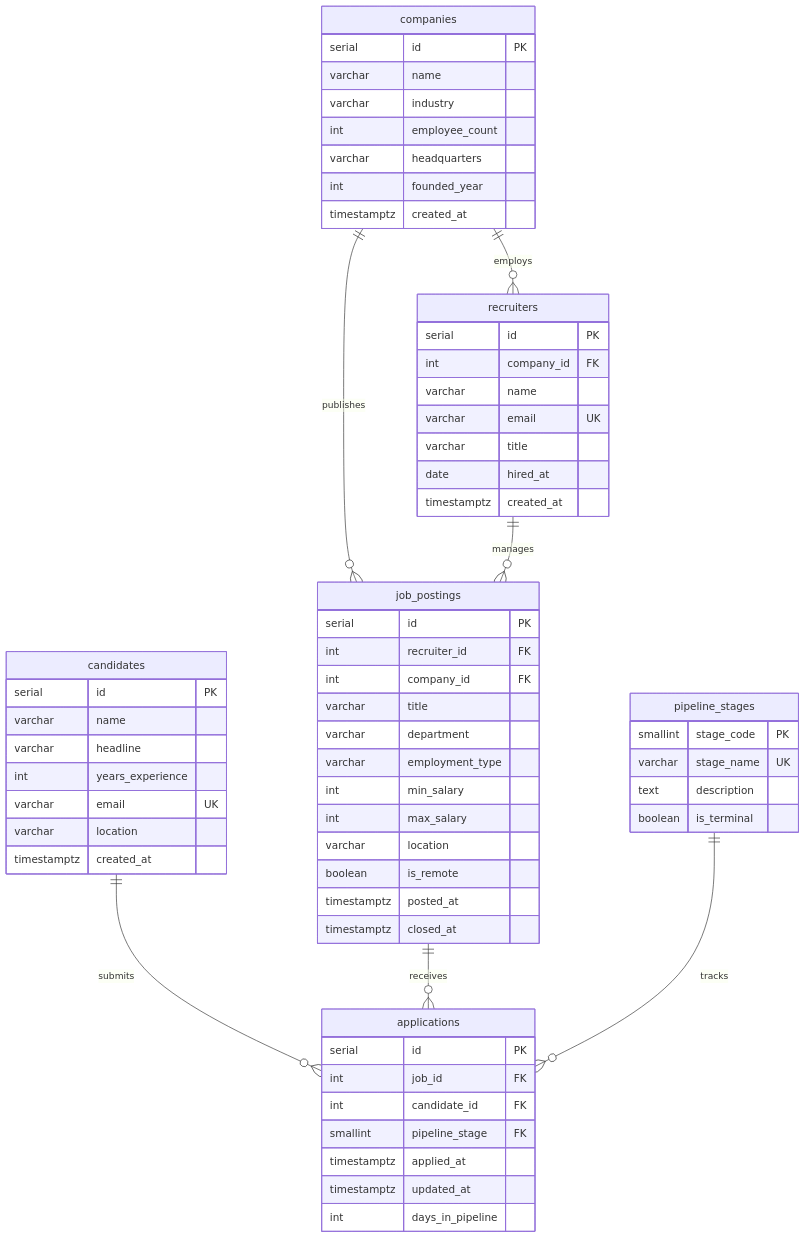
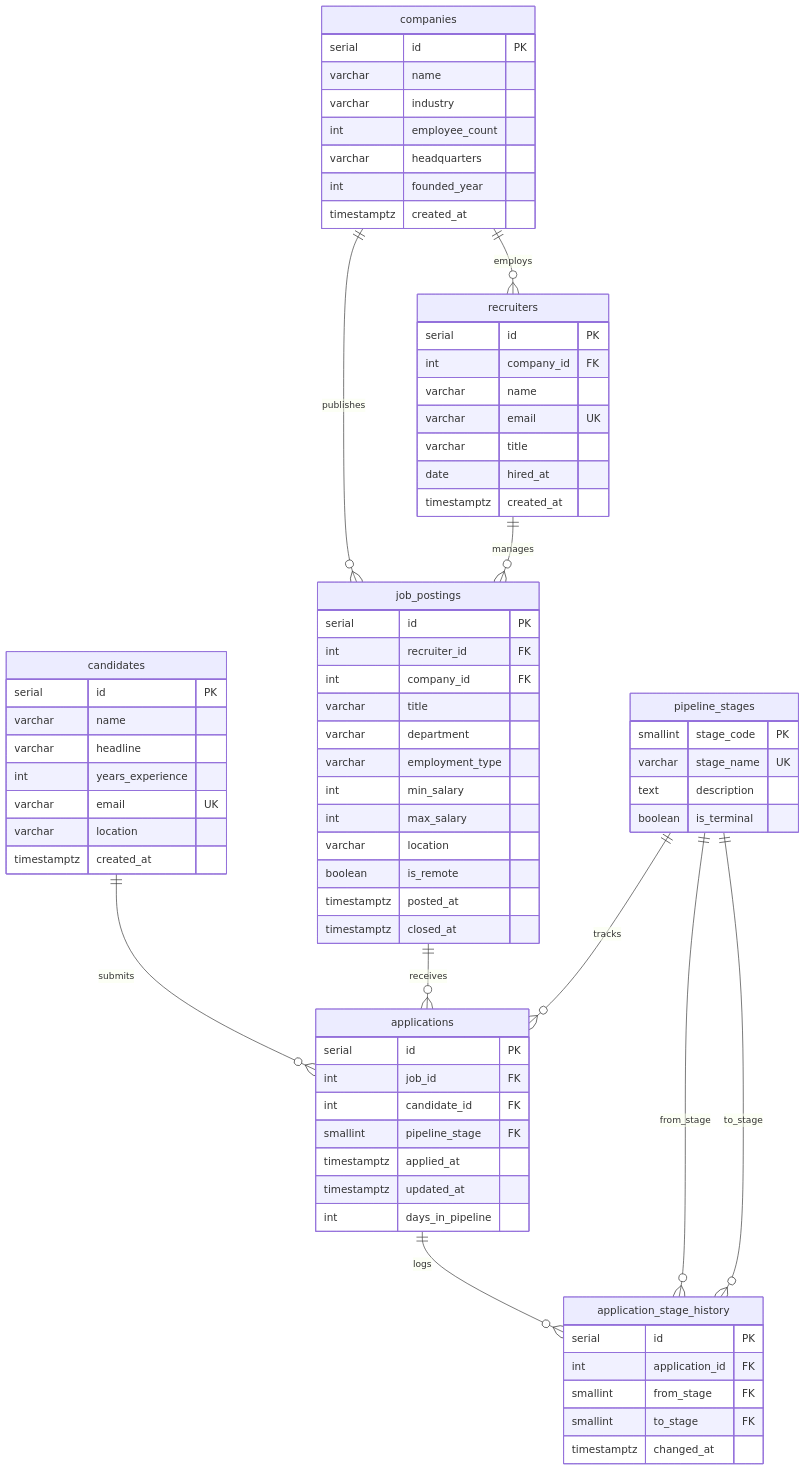
Before and after one commit to Mahnoor-Zaffar/LinkedIn-Hiring-Patterns-database: the diagram in docs/erd.md, drawn with Mermaid. The commit also changed other lines of this file and 14 other files, not shown here.

Commit message:
Add stage history audit, closed job seeds, and README demo output

````diff
--- a/docs/erd.md
+++ b/docs/erd.md
@@ -12,6 +12,10 @@
     candidates ||--o{ applications : submits
     job_postings ||--o{ applications : receives
     pipeline_stages ||--o{ applications : tracks
+
+    applications ||--o{ application_stage_history : logs
+    pipeline_stages ||--o{ application_stage_history : from_stage
+    pipeline_stages ||--o{ application_stage_history : to_stage
 
     companies {
         serial id PK
@@ -74,4 +78,12 @@
         timestamptz updated_at
         int days_in_pipeline
     }
+
+    application_stage_history {
+        serial id PK
+        int application_id FK
+        smallint from_stage FK
+        smallint to_stage FK
+        timestamptz changed_at
+    }
 ```
````
